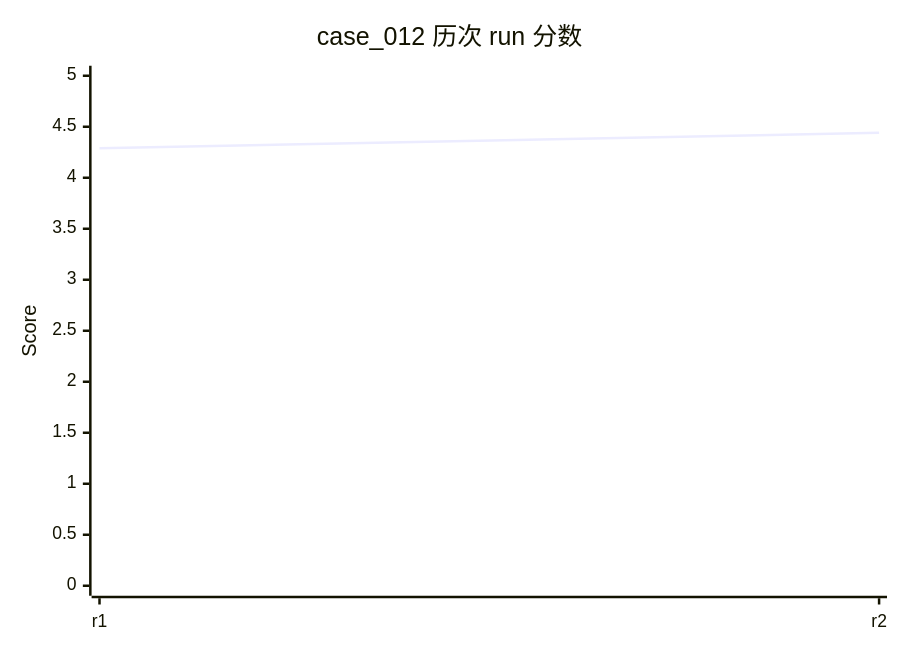
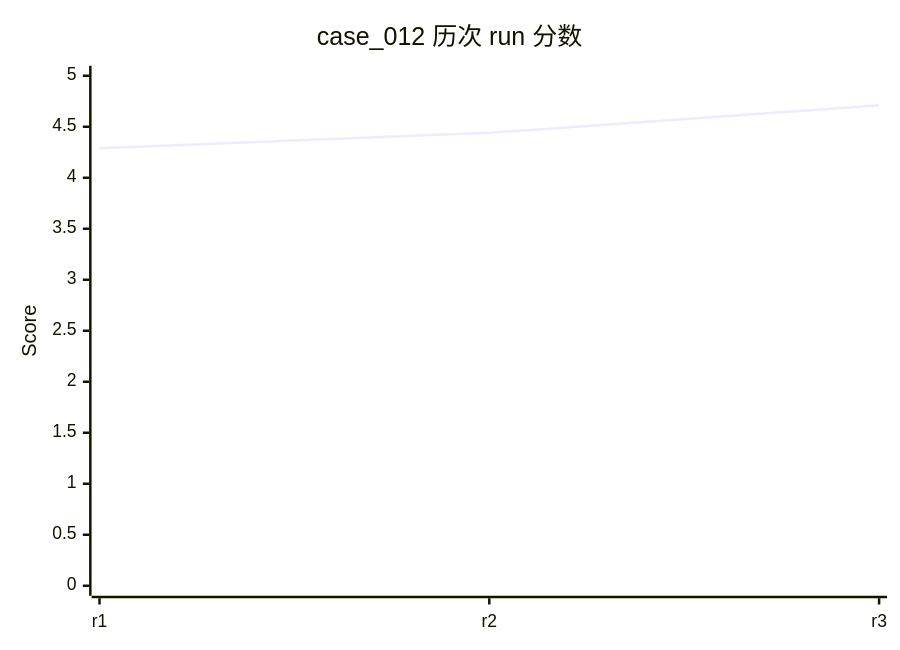
One commit to rushengzhou/sid-code changed diagram 17 of 58 in evals/DASHBOARD.md. Above: the diagram before and after it, drawn with Mermaid. The commit also changed other lines of this file and 57 other files, not shown here.

````diff
--- a/evals/DASHBOARD.md
+++ b/evals/DASHBOARD.md
@@ -390,7 +392,7 @@
 ```mermaid
 xychart-beta
     title "case_012 历次 run 分数"
-    x-axis [r1, r2]
+    x-axis [r1, r2, r3]
     y-axis "Score" 0 --> 5
-    line [4.29, 4.44]
+    line [4.29, 4.44, 4.71]
 ```
````
